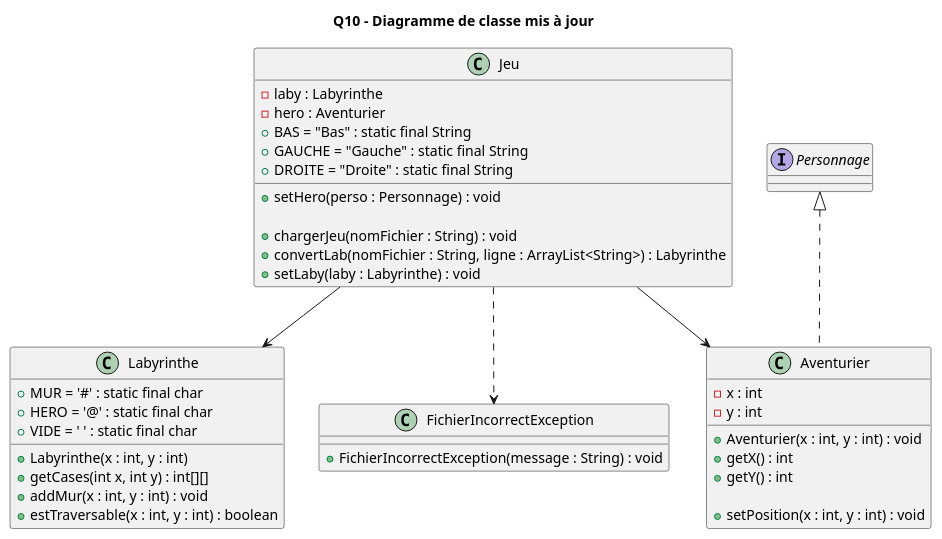
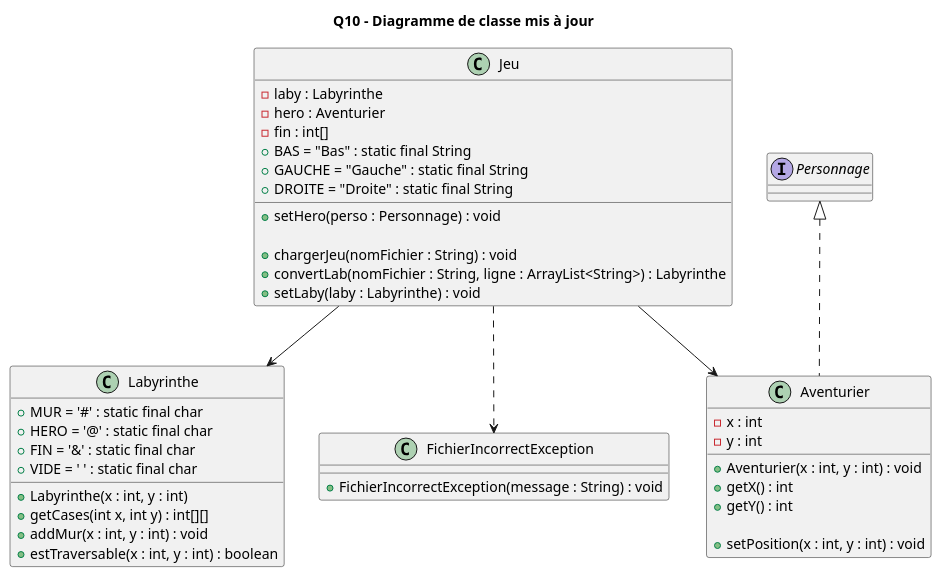
Before and after one commit to lucas-martinati-pro/SAE_S2.01_Zeldiablo-LucasM_JeanLM_PierreGSV: the diagram in projet_zeldiablo/documents/version_1/Q10 - Diagramme de Classe mise à jour.puml, drawn with PlantUML. The commit also changed 10 other files, not shown here.

```diff
--- a/projet_zeldiablo/documents/version_1/Q10 - Diagramme de Classe mise à jour.puml
+++ b/projet_zeldiablo/documents/version_1/Q10 - Diagramme de Classe mise à jour.puml
@@ -1,49 +1,51 @@
 @startuml
 title Q10 - Diagramme de classe mis à jour
 
 class Jeu {
     -laby : Labyrinthe
     -hero : Aventurier
+    -fin : int[]
     +BAS = "Bas" : static final String
     +GAUCHE = "Gauche" : static final String
     +DROITE = "Droite" : static final String
 
     +setHero(perso : Personnage) : void
 
     +chargerJeu(nomFichier : String) : void
     +convertLab(nomFichier : String, ligne : ArrayList<String>) : Labyrinthe
     +setLaby(laby : Labyrinthe) : void
 }
 
 class Labyrinthe {
     +MUR = '#' : static final char
     +HERO = '@' : static final char
+    +FIN = '&' : static final char
     +VIDE = ' ' : static final char
 
     +Labyrinthe(x : int, y : int)
     +getCases(int x, int y) : int[][]
     +addMur(x : int, y : int) : void
     +estTraversable(x : int, y : int) : boolean
 }
 interface Personnage {
 }
 class Aventurier {
     -x : int
     -y : int
 
     +Aventurier(x : int, y : int) : void
     +getX() : int
     +getY() : int
 
     +setPosition(x : int, y : int) : void
 
 }
 class FichierIncorrectException {
     +FichierIncorrectException(message : String) : void
 }
 
 Jeu --> Labyrinthe
 Jeu --> Aventurier
 Personnage <|.. Aventurier
 Jeu ..> FichierIncorrectException
 @enduml
```
